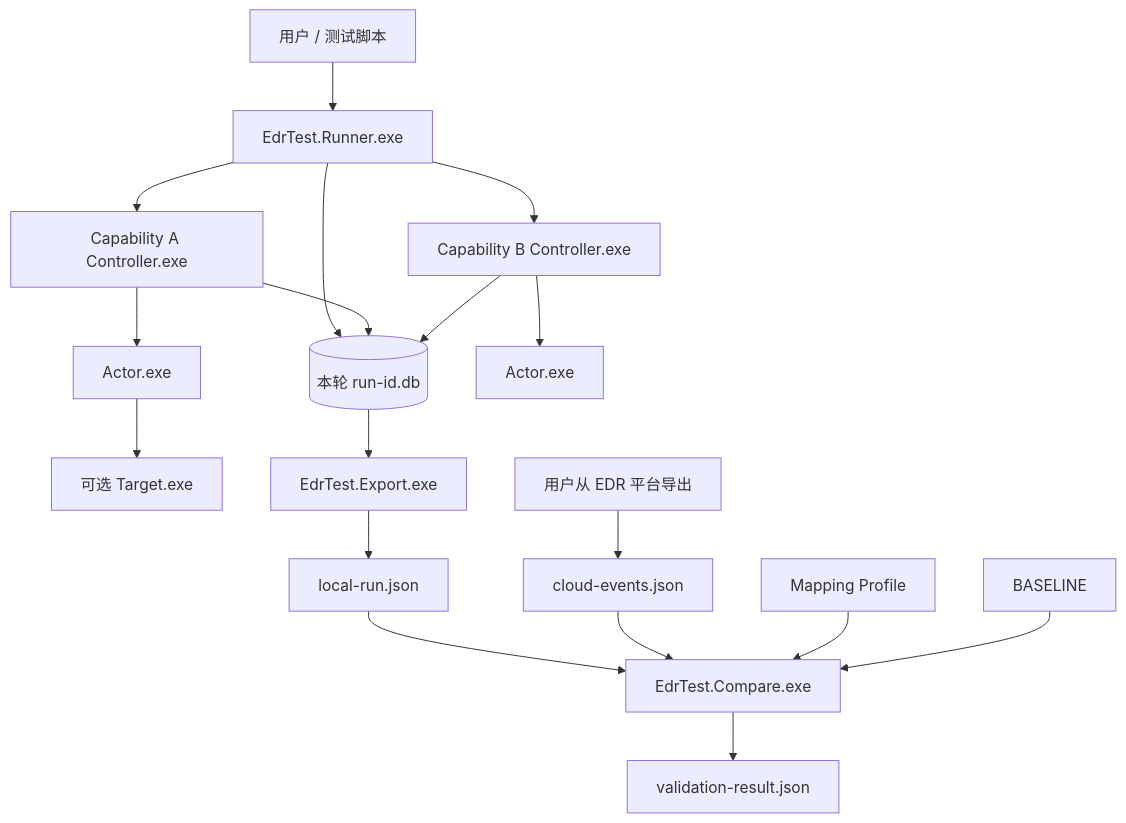
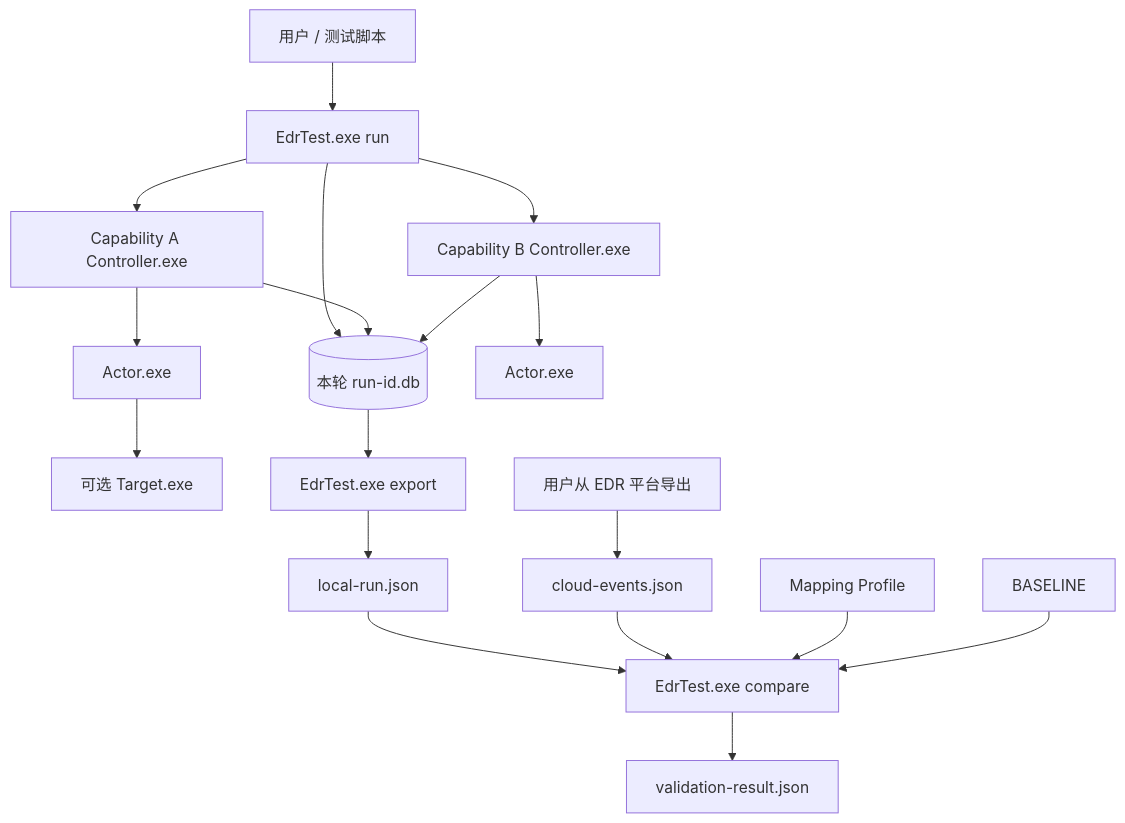
Before and after one commit to ParleStargazer/Tencent-EDR-Test: the first of 3 diagrams in docs/DESIGN.md, drawn with Mermaid. The commit also changed other lines of this file and 26 other files, not shown here.

````diff
--- a/docs/DESIGN.md
+++ b/docs/DESIGN.md
@@ -102,20 +102,20 @@
 ```mermaid
 flowchart TB
-    U["用户 / 测试脚本"] --> R["EdrTest.Runner.exe"]
+    U["用户 / 测试脚本"] --> R["EdrTest.exe run"]
     R --> DB[("本轮 run-id.db")]
     R --> C1["Capability A Controller.exe"]
     R --> C2["Capability B Controller.exe"]
     C1 --> A1["Actor.exe"]
     A1 --> T1["可选 Target.exe"]
     C2 --> A2["Actor.exe"]
     C1 --> DB
     C2 --> DB
-    DB --> X["EdrTest.Export.exe"]
+    DB --> X["EdrTest.exe export"]
     X --> LJ["local-run.json"]
     E["用户从 EDR 平台导出"] --> CJ["cloud-events.json"]
-    LJ --> P["EdrTest.Compare.exe"]
+    LJ --> P["EdrTest.exe compare"]
     CJ --> P
     M["Mapping Profile"] --> P
     B["BASELINE"] --> P
     P --> V["validation-result.json"]
 ```
````
